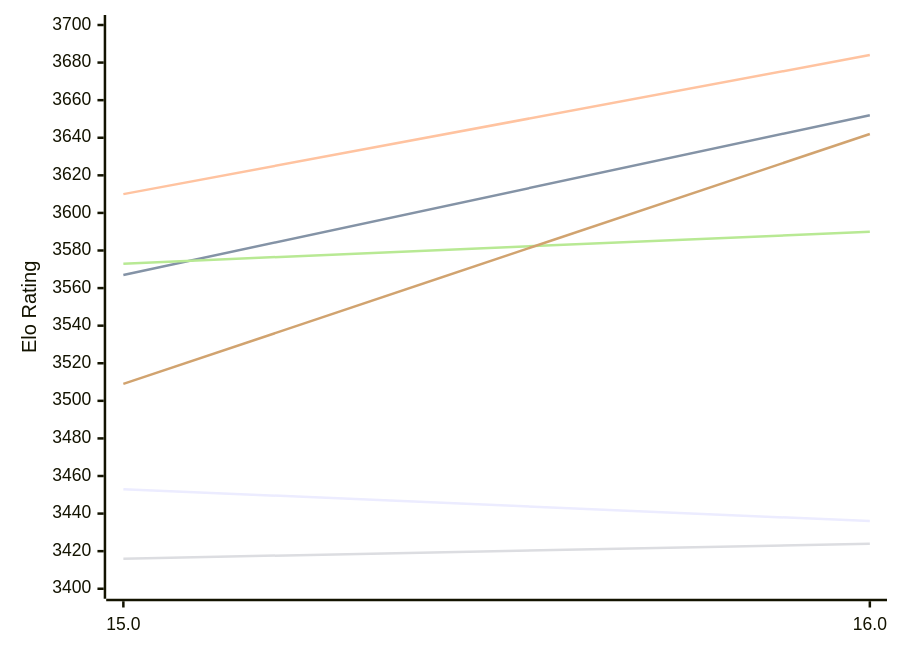
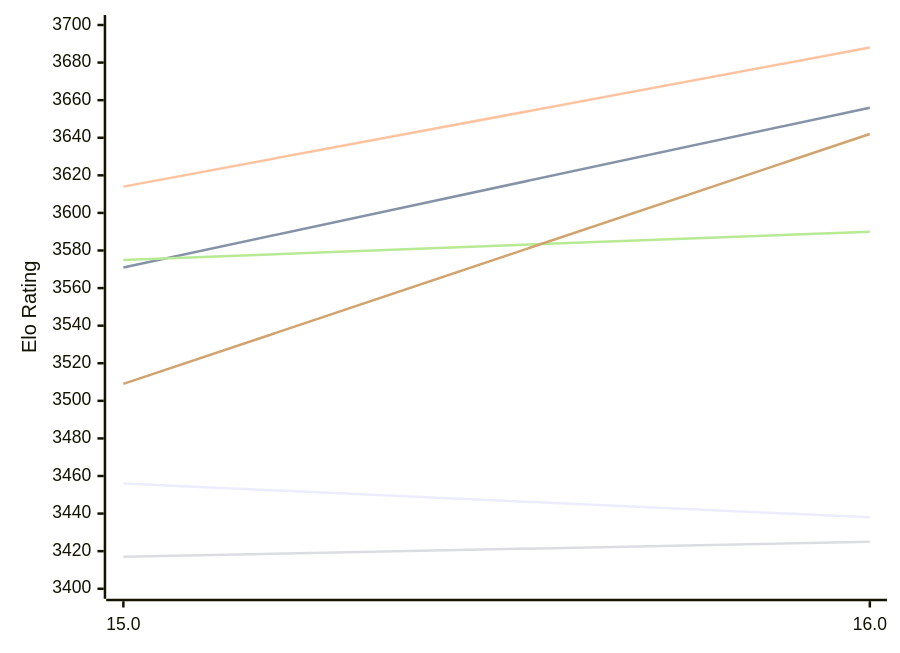
One commit to computer-chess-index/cci changed the first of 2 diagrams in engines/Obsidian.md. Above: the diagram before and after it, drawn with Mermaid. The commit also changed other lines of this file, not shown here.

Commit message:
Update CCI Ratings (ELO VLTC) - 2026-11-22

````diff
--- a/engines/Obsidian.md
+++ b/engines/Obsidian.md
@@ -52,12 +52,12 @@
 ```mermaid
 %%{init: {"theme":"base","themeVariables":{"seriesColors:['#a3a3a3','#222221','#faa371']}}}%%
 xychart-beta
   x-axis ["15.0", "16.0"]
   y-axis "Elo Rating" 3400 --> 3700
-  line "E1: STC (8.0+0.08s)" [3453, 3436]
-  line "E1: LTC (60.0+0.60s)" [3567, 3652]
-  line "E1: VLTC (2m24s+1.12s)" [3610, 3684]
-  line "P1: STC (8.0+0.08s)" [3416, 3424]
-  line "P1: LTC (60.0+0.60s)" [3573, 3590]
+  line "E1: STC (8.0+0.08s)" [3456, 3438]
+  line "E1: LTC (60.0+0.60s)" [3571, 3656]
+  line "E1: VLTC (2m24s+1.12s)" [3614, 3688]
+  line "P1: STC (8.0+0.08s)" [3417, 3425]
+  line "P1: LTC (60.0+0.60s)" [3575, 3590]
   line "P1: VLTC (2m24s+1.12s)" [3509, 3642]
 ```
````
